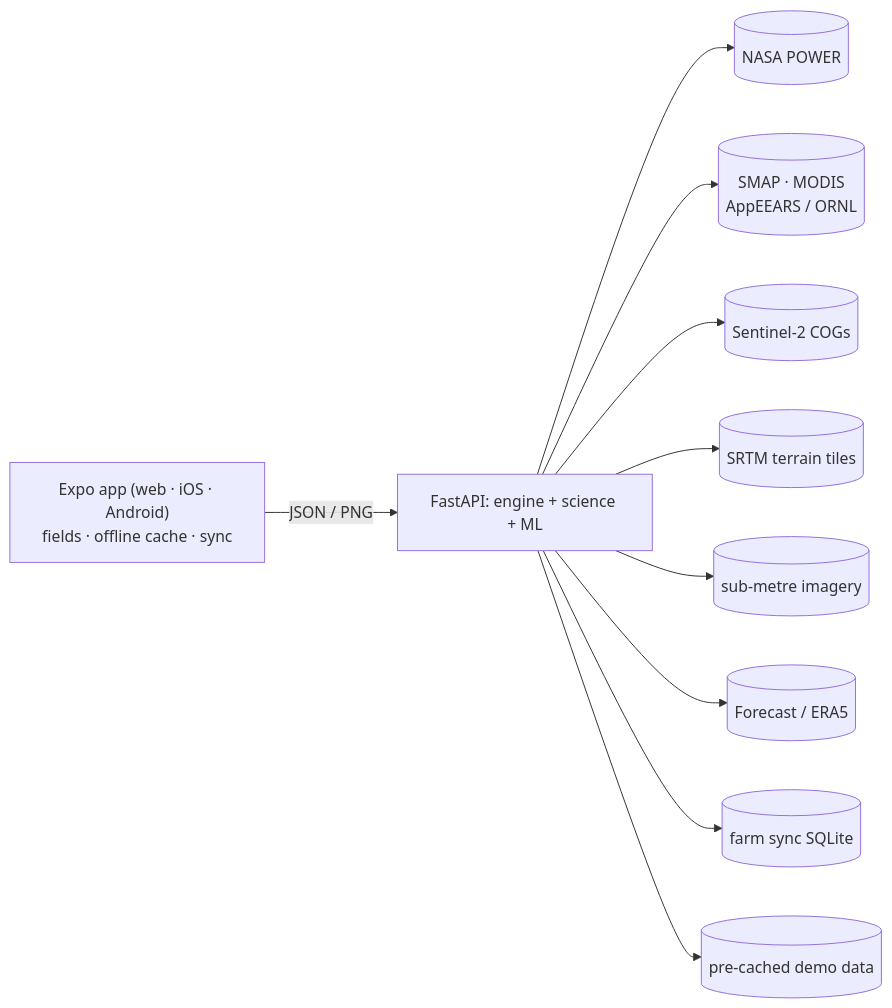
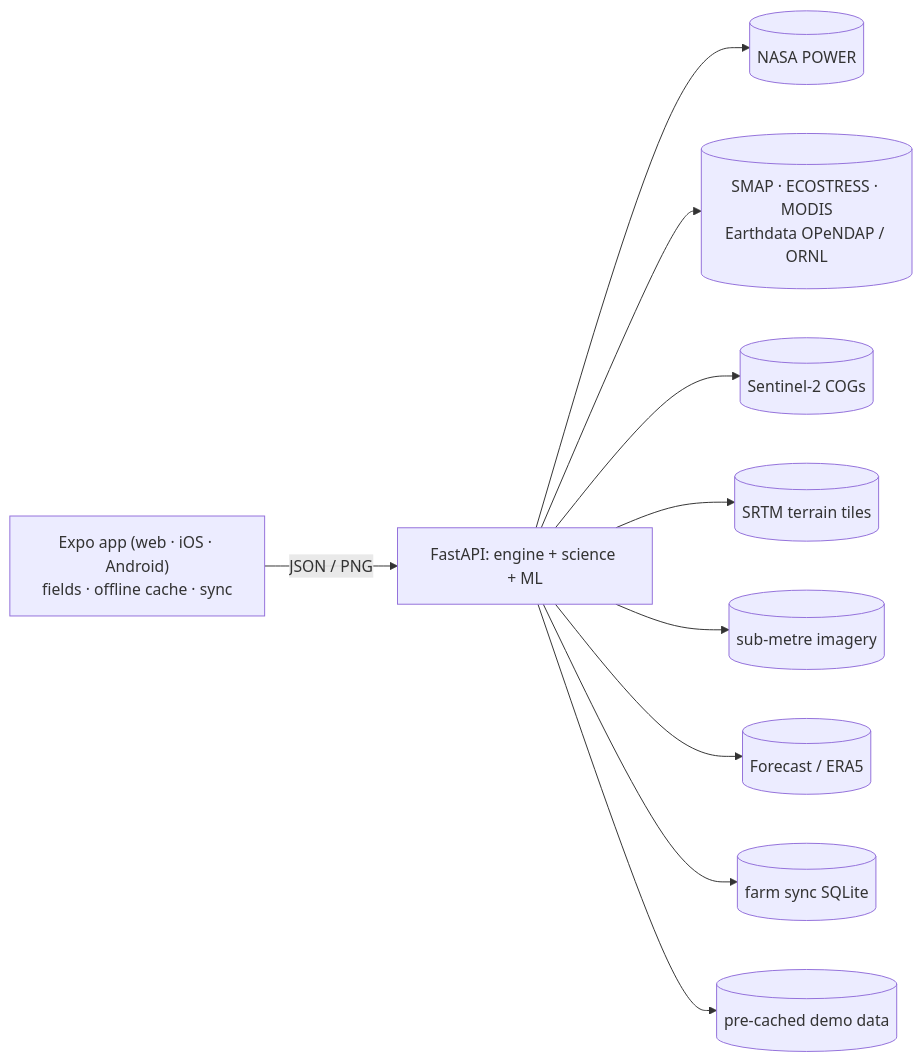
The diagram in README.md (Intelligent-Agriculture-Labs/Intelligent-Agriculture), drawn with Mermaid before and after one commit. The commit also changed other lines of this file and 287 other files, not shown here.

````diff
--- a/README.md
+++ b/README.md
@@ -80,6 +82,6 @@
 ```mermaid
 flowchart LR
   App["Expo app (web · iOS · Android)<br/>fields · offline cache · sync"] -->|JSON / PNG| API["FastAPI: engine + science + ML"]
-  API --> POWER[(NASA POWER)] & SAT[(SMAP · MODIS<br/>AppEEARS / ORNL)] & S2[(Sentinel-2 COGs)] & DEM[(SRTM terrain tiles)] & IMG[(sub-metre imagery)] & FC[(Forecast / ERA5)]
+  API --> POWER[(NASA POWER)] & SAT[(SMAP · ECOSTRESS · MODIS<br/>Earthdata OPeNDAP / ORNL)] & S2[(Sentinel-2 COGs)] & DEM[(SRTM terrain tiles)] & IMG[(sub-metre imagery)] & FC[(Forecast / ERA5)]
   API --> DB[(farm sync SQLite)] & Demo[(pre-cached demo data)]
 ```
````
